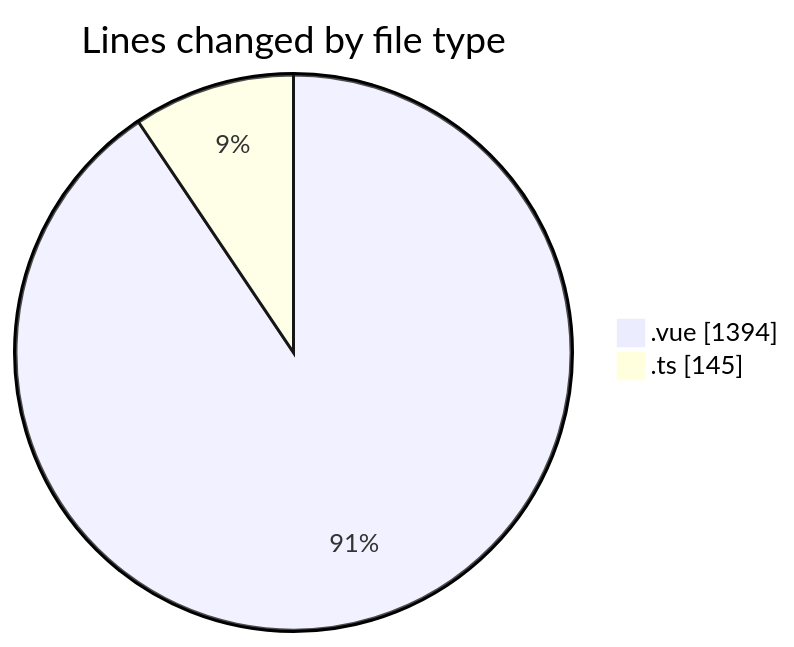
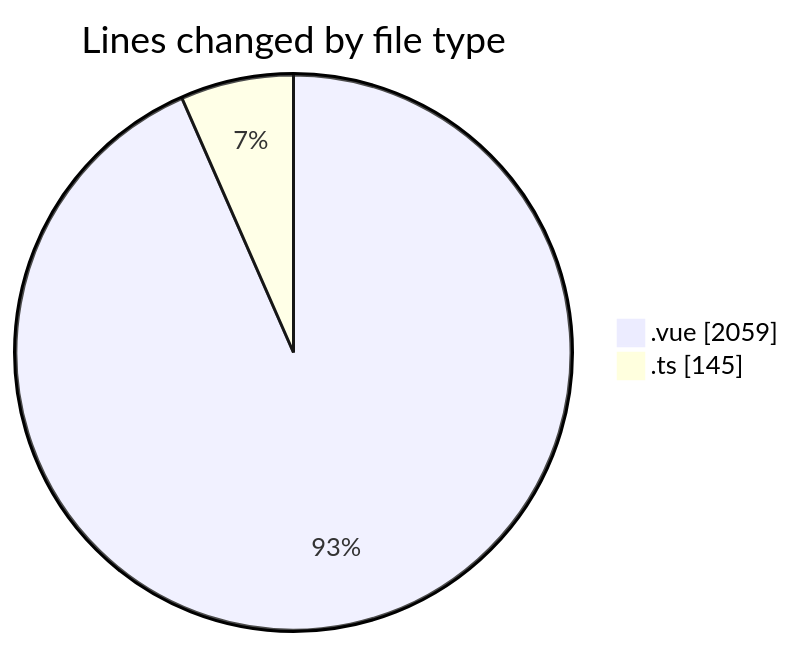
One commit to robertbonfada/code-tracking changed the first of 2 diagrams in 2025-03-17/lumine-web/README.md. Above: the diagram before and after it, drawn with Mermaid. The commit also changed other lines of this file and 1 other file, not shown here.

````diff
--- a/2025-03-17/lumine-web/README.md
+++ b/2025-03-17/lumine-web/README.md
@@ -30,6 +43,6 @@
 ```mermaid
 pie showData
 title Lines changed by file type
-".vue" : 1394
+".vue" : 2059
 ".ts" : 145
 ```
````
